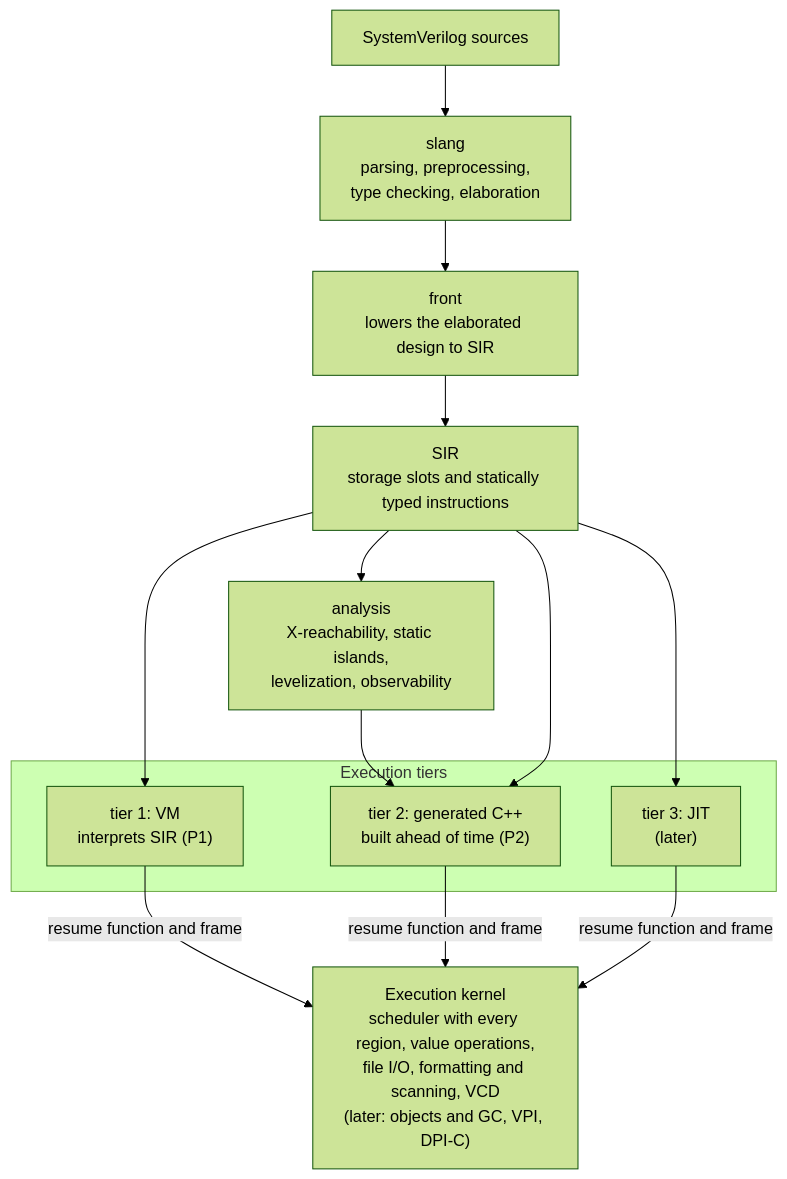
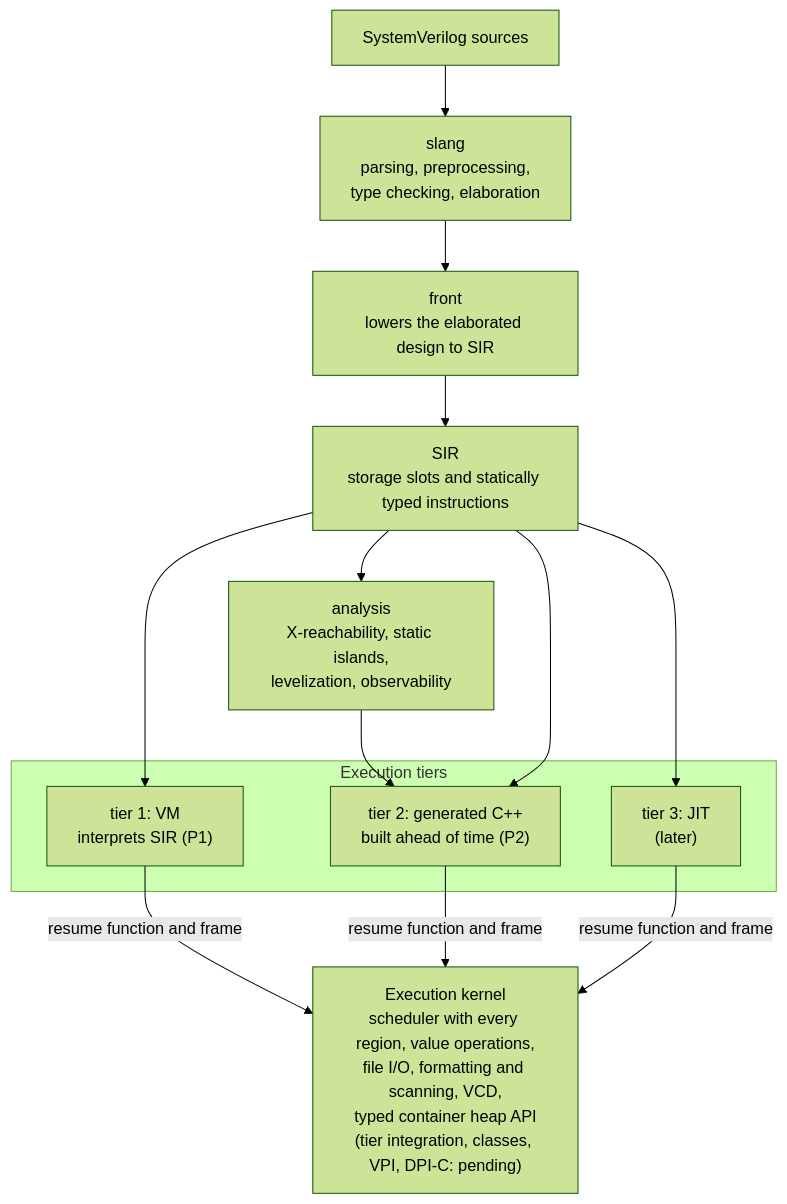
Before and after one commit to kurochan001/kirimasim: the first of 2 diagrams in docs/ARCHITECTURE.ja.md, drawn with Mermaid (forest theme). The commit also changed other lines of this file and 14 other files, not shown here.

````diff
--- a/docs/ARCHITECTURE.ja.md
+++ b/docs/ARCHITECTURE.ja.md
@@ -11,22 +11,22 @@
 ```mermaid
 flowchart TD
     src["SystemVerilog sources"]
     slang["slang<br/>parsing, preprocessing,<br/>type checking, elaboration"]
     front["front<br/>lowers the elaborated design to SIR"]
     sir["SIR<br/>storage slots and statically typed instructions"]
     analysis["analysis<br/>X-reachability, static islands,<br/>levelization, observability"]
     subgraph tiers["Execution tiers"]
         t1["tier 1: VM<br/>interprets SIR (P1)"]
         t2["tier 2: generated C++<br/>built ahead of time (P2)"]
         t3["tier 3: JIT<br/>(later)"]
     end
-    kernel["Execution kernel<br/>scheduler with every region, value operations,<br/>file I/O, formatting and scanning, VCD<br/>(later: objects and GC, VPI, DPI-C)"]
+    kernel["Execution kernel<br/>scheduler with every region, value operations,<br/>file I/O, formatting and scanning, VCD,<br/>typed container heap API<br/>(tier integration, classes, VPI, DPI-C: pending)"]
     src --> slang --> front --> sir
     sir --> t1
     sir --> analysis --> t2
     sir --> t2
     sir --> t3
     t1 -->|"resume function and frame"| kernel
     t2 -->|"resume function and frame"| kernel
     t3 -->|"resume function and frame"| kernel
 ```
````
